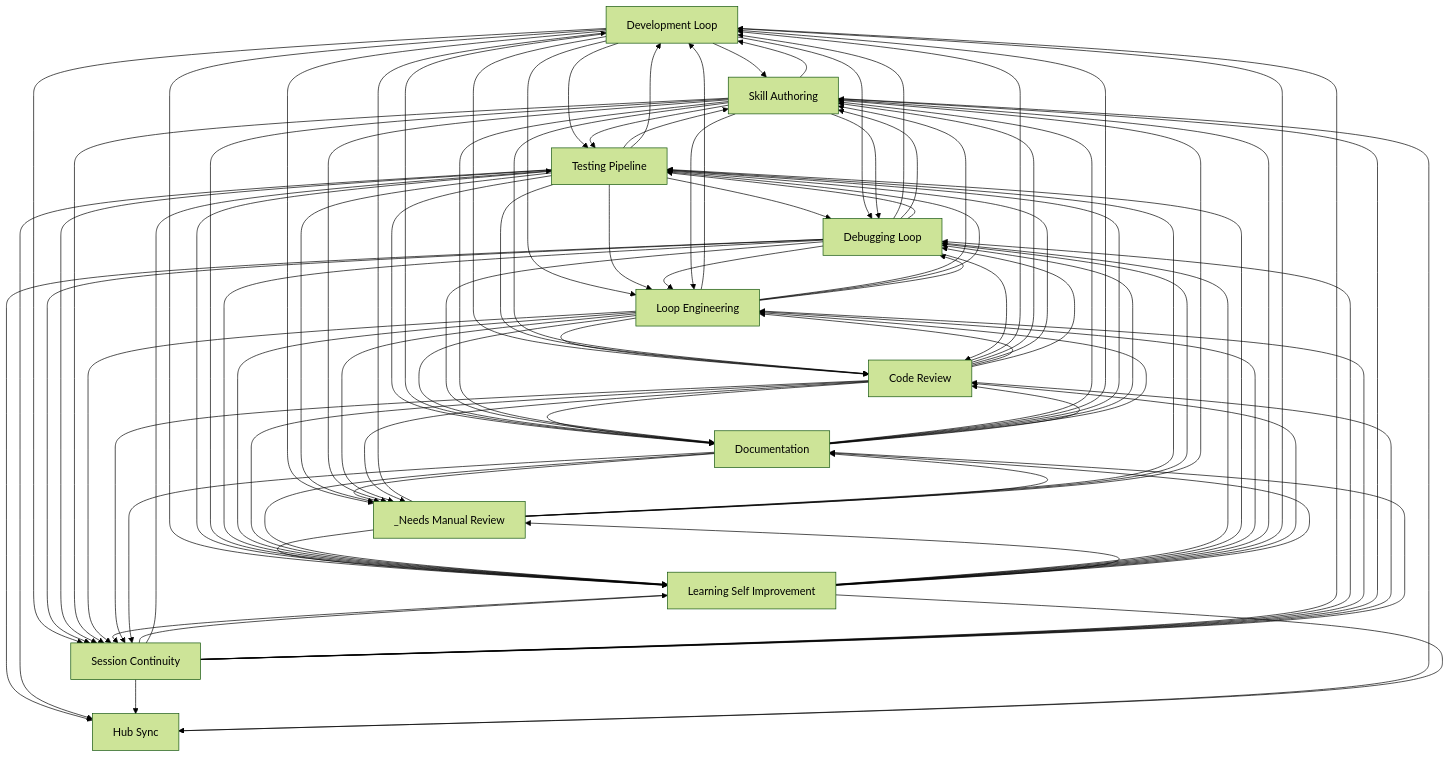
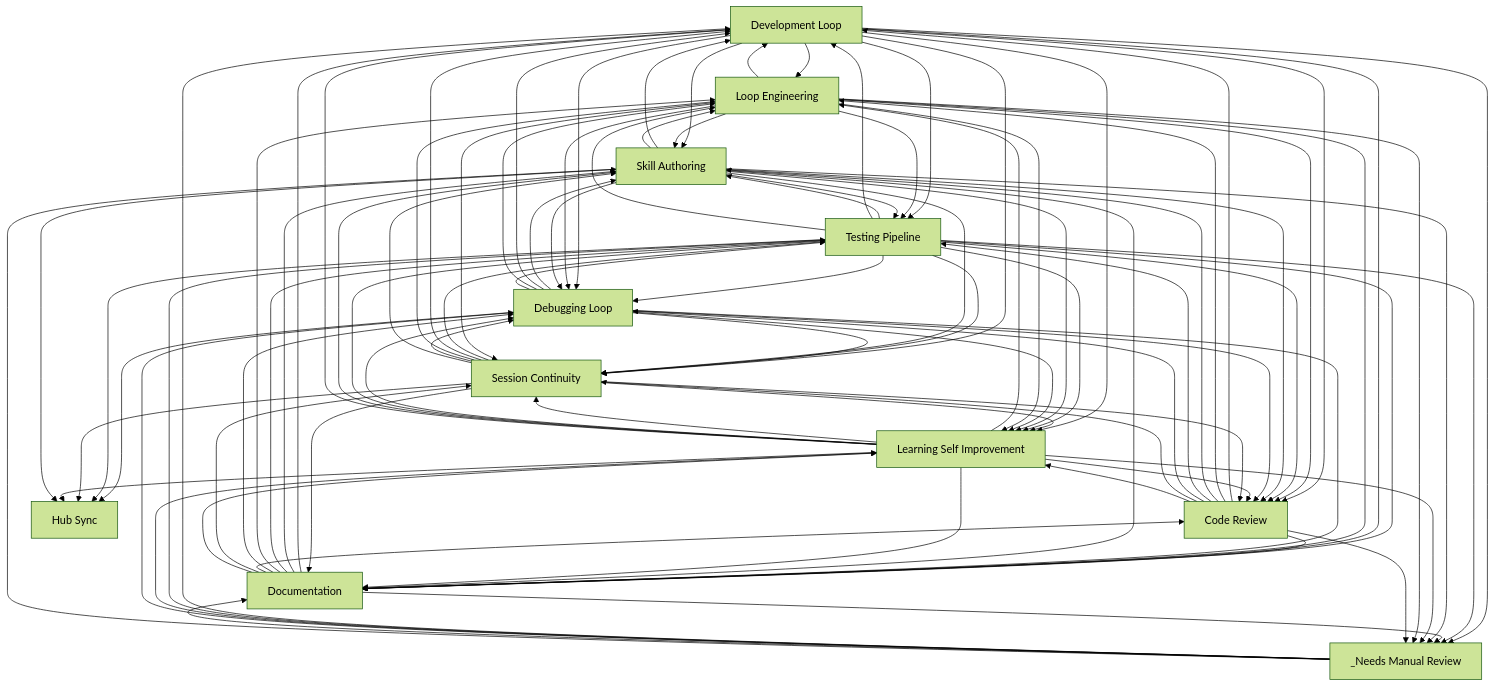
Before and after one commit to abhayla/claude-best-practices: the diagram in docs/workflows/INDEX.md, drawn with Mermaid (forest theme). The commit also changed other lines of this file and 14 other files, not shown here.

````diff
--- a/docs/workflows/INDEX.md
+++ b/docs/workflows/INDEX.md
@@ -33,73 +33,73 @@
     documentation[Documentation]
     hub_sync[Hub Sync]
     _needs_manual_review[_Needs Manual Review]
+    development_loop --> loop_engineering
+    development_loop --> skill_authoring
+    development_loop --> testing_pipeline
+    development_loop --> code_review
+    loop_engineering --> development_loop
+    loop_engineering --> skill_authoring
+    loop_engineering --> testing_pipeline
+    loop_engineering --> code_review
     code_review --> development_loop
+    code_review --> loop_engineering
     code_review --> skill_authoring
     code_review --> testing_pipeline
-    code_review --> loop_engineering
-    development_loop --> skill_authoring
-    development_loop --> code_review
-    development_loop --> testing_pipeline
-    development_loop --> loop_engineering
-    loop_engineering --> development_loop
-    loop_engineering --> skill_authoring
-    loop_engineering --> code_review
-    loop_engineering --> testing_pipeline
     skill_authoring --> testing_pipeline
     testing_pipeline --> skill_authoring
     _needs_manual_review --> development_loop
     _needs_manual_review --> testing_pipeline
     testing_pipeline --> development_loop
+    testing_pipeline --> loop_engineering
     testing_pipeline --> debugging_loop
-    testing_pipeline --> loop_engineering
     testing_pipeline --> code_review
     testing_pipeline --> documentation
+    debugging_loop --> skill_authoring
     debugging_loop --> development_loop
-    debugging_loop --> skill_authoring
+    debugging_loop --> loop_engineering
     debugging_loop --> testing_pipeline
-    debugging_loop --> loop_engineering
     development_loop --> debugging_loop
     development_loop --> documentation
     loop_engineering --> documentation
-    skill_authoring --> code_review
     skill_authoring --> development_loop
     skill_authoring --> loop_engineering
+    skill_authoring --> code_review
+    documentation --> development_loop
     documentation --> skill_authoring
-    documentation --> development_loop
     documentation --> testing_pipeline
     development_loop --> _needs_manual_review
     testing_pipeline --> _needs_manual_review
     code_review --> documentation
+    development_loop --> learning_self_improvement
+    development_loop --> session_continuity
     session_continuity --> learning_self_improvement
     session_continuity --> testing_pipeline
-    development_loop --> learning_self_improvement
-    development_loop --> session_continuity
     _needs_manual_review --> learning_self_improvement
     testing_pipeline --> learning_self_improvement
     loop_engineering --> debugging_loop
+    debugging_loop --> hub_sync
     debugging_loop --> session_continuity
-    debugging_loop --> hub_sync
+    testing_pipeline --> hub_sync
     testing_pipeline --> session_continuity
-    testing_pipeline --> hub_sync
     debugging_loop --> code_review
     debugging_loop --> documentation
     skill_authoring --> session_continuity
     session_continuity --> development_loop
     skill_authoring --> learning_self_improvement
     skill_authoring --> debugging_loop
+    session_continuity --> loop_engineering
     session_continuity --> debugging_loop
-    session_continuity --> loop_engineering
     loop_engineering --> session_continuity
     _needs_manual_review --> debugging_loop
     debugging_loop --> learning_self_improvement
     skill_authoring --> documentation
+    _needs_manual_review --> documentation
     _needs_manual_review --> skill_authoring
-    _needs_manual_review --> documentation
     documentation --> _needs_manual_review
+    learning_self_improvement --> loop_engineering
+    learning_self_improvement --> session_continuity
     learning_self_improvement --> debugging_loop
-    learning_self_improvement --> session_continuity
     learning_self_improvement --> testing_pipeline
-    learning_self_improvement --> loop_engineering
     learning_self_improvement --> skill_authoring
     learning_self_improvement --> development_loop
     learning_self_improvement --> code_review
@@ -110,17 +110,17 @@
     session_continuity --> code_review
     session_continuity --> documentation
     learning_self_improvement --> _needs_manual_review
+    learning_self_improvement --> hub_sync
     skill_authoring --> hub_sync
-    learning_self_improvement --> hub_sync
     loop_engineering --> learning_self_improvement
     loop_engineering --> _needs_manual_review
     code_review --> debugging_loop
+    documentation --> loop_engineering
     documentation --> debugging_loop
-    documentation --> loop_engineering
     documentation --> code_review
+    code_review --> session_continuity
     code_review --> learning_self_improvement
-    code_review --> session_continuity
+    documentation --> session_continuity
     documentation --> learning_self_improvement
-    documentation --> session_continuity
     code_review --> _needs_manual_review
 ```
````
